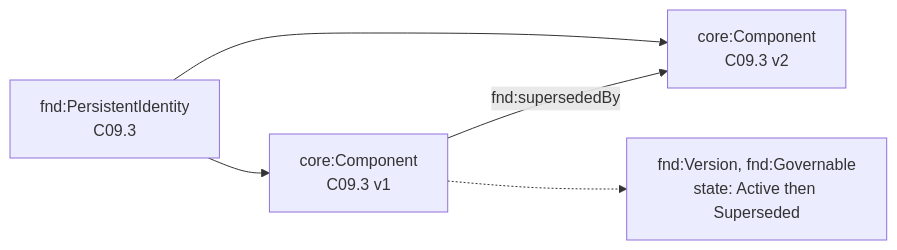
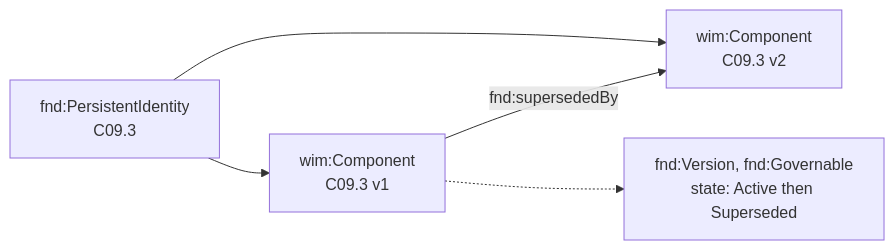
Before and after one commit to nebularis/open-cbaa: diagram 14 of 52 in docs/architecture.md, drawn with Mermaid. The commit also changed other lines of this file and 44 other files, not shown here.

````diff
--- a/docs/architecture.md
+++ b/docs/architecture.md
@@ -361,7 +365,7 @@
 ```mermaid
 flowchart LR
-    ID["fnd:PersistentIdentity<br/>C09.3"] --> V1["core:Component<br/>C09.3 v1"]
-    ID --> V2["core:Component<br/>C09.3 v2"]
+    ID["fnd:PersistentIdentity<br/>C09.3"] --> V1["wim:Component<br/>C09.3 v1"]
+    ID --> V2["wim:Component<br/>C09.3 v2"]
     V1 -->|"fnd:supersededBy"| V2
     V1 -.-> V1s["fnd:Version, fnd:Governable<br/>state: Active then Superseded"]
 ```
````
